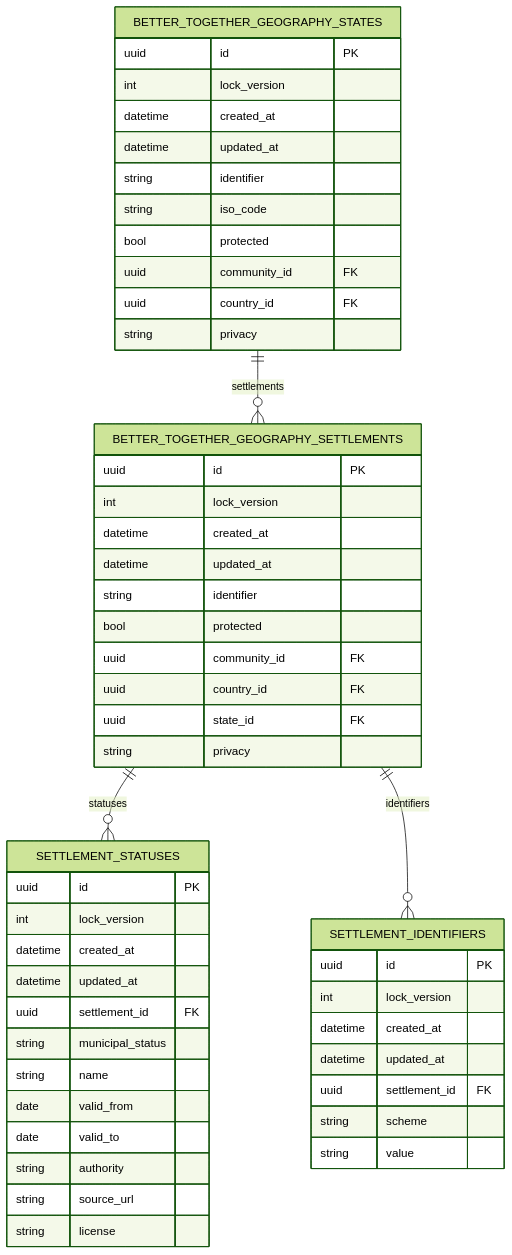
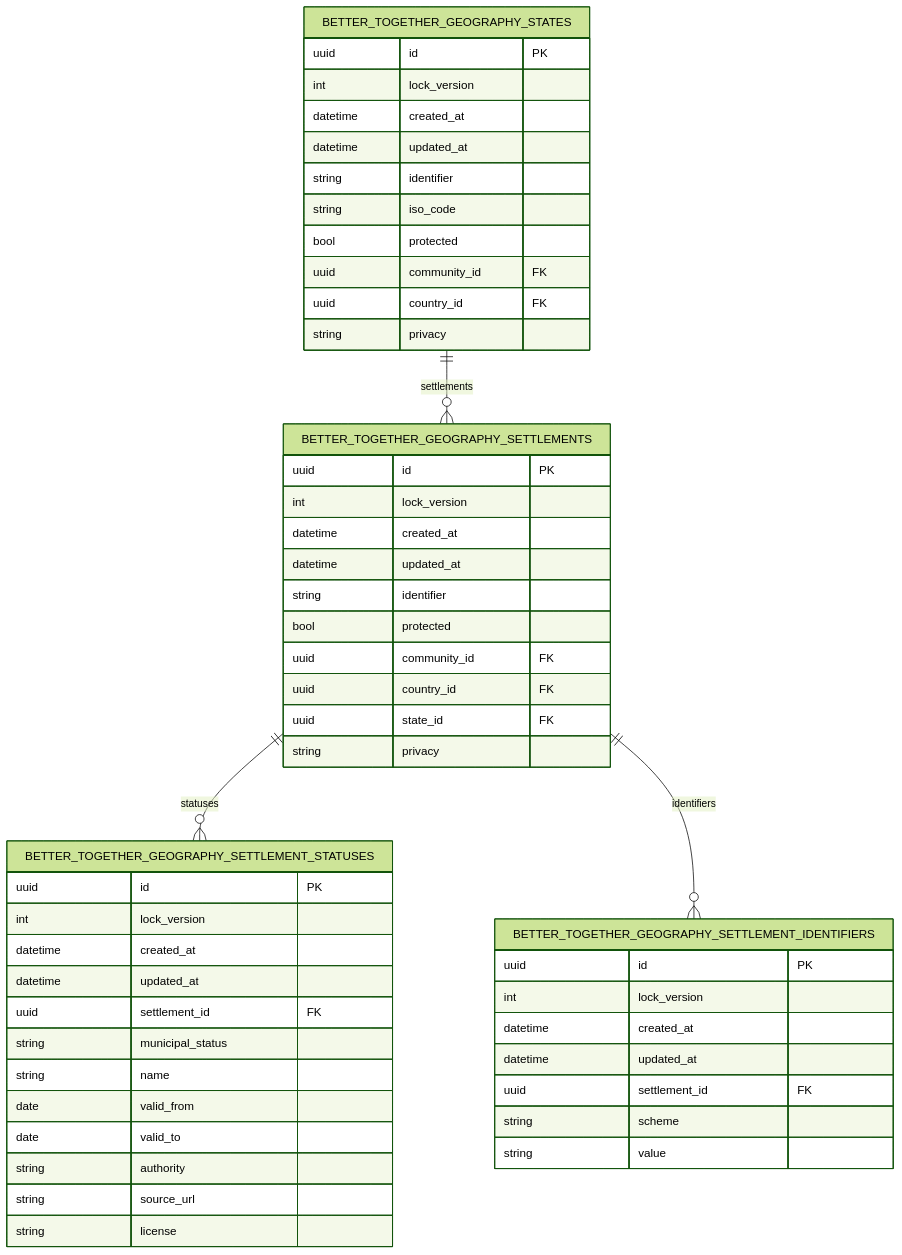
Before and after one commit to better-together-solutions/newfoundlandlabradoronline: the diagram in docs/diagrams/source/nlo_settlements_schema_erd.mmd, drawn with Mermaid (forest theme). The commit also changed 14 other files, not shown here.

First line of the commit message:
refactor(geography): namespace settlement status and identifiers under BetterTogether

```diff
--- a/docs/diagrams/source/nlo_settlements_schema_erd.mmd
+++ b/docs/diagrams/source/nlo_settlements_schema_erd.mmd
@@ -1,53 +1,53 @@
 %% Generated by scripts/export_diagrams.rb. Do not edit by hand.
 %% render.orientation: landscape
 erDiagram
   BETTER_TOGETHER_GEOGRAPHY_STATES {
     uuid id PK
     int lock_version
     datetime created_at
     datetime updated_at
     string identifier
     string iso_code
     bool protected
     uuid community_id FK
     uuid country_id FK
     string privacy
   }
   BETTER_TOGETHER_GEOGRAPHY_SETTLEMENTS {
     uuid id PK
     int lock_version
     datetime created_at
     datetime updated_at
     string identifier
     bool protected
     uuid community_id FK
     uuid country_id FK
     uuid state_id FK
     string privacy
   }
-  SETTLEMENT_STATUSES {
+  BETTER_TOGETHER_GEOGRAPHY_SETTLEMENT_STATUSES {
     uuid id PK
     int lock_version
     datetime created_at
     datetime updated_at
     uuid settlement_id FK
     string municipal_status
     string name
     date valid_from
     date valid_to
     string authority
     string source_url
     string license
   }
-  SETTLEMENT_IDENTIFIERS {
+  BETTER_TOGETHER_GEOGRAPHY_SETTLEMENT_IDENTIFIERS {
     uuid id PK
     int lock_version
     datetime created_at
     datetime updated_at
     uuid settlement_id FK
     string scheme
     string value
   }
   BETTER_TOGETHER_GEOGRAPHY_STATES ||--o{ BETTER_TOGETHER_GEOGRAPHY_SETTLEMENTS : "settlements"
-  BETTER_TOGETHER_GEOGRAPHY_SETTLEMENTS ||--o{ SETTLEMENT_STATUSES : "statuses"
-  BETTER_TOGETHER_GEOGRAPHY_SETTLEMENTS ||--o{ SETTLEMENT_IDENTIFIERS : "identifiers"
+  BETTER_TOGETHER_GEOGRAPHY_SETTLEMENTS ||--o{ BETTER_TOGETHER_GEOGRAPHY_SETTLEMENT_STATUSES : "statuses"
+  BETTER_TOGETHER_GEOGRAPHY_SETTLEMENTS ||--o{ BETTER_TOGETHER_GEOGRAPHY_SETTLEMENT_IDENTIFIERS : "identifiers"
```
